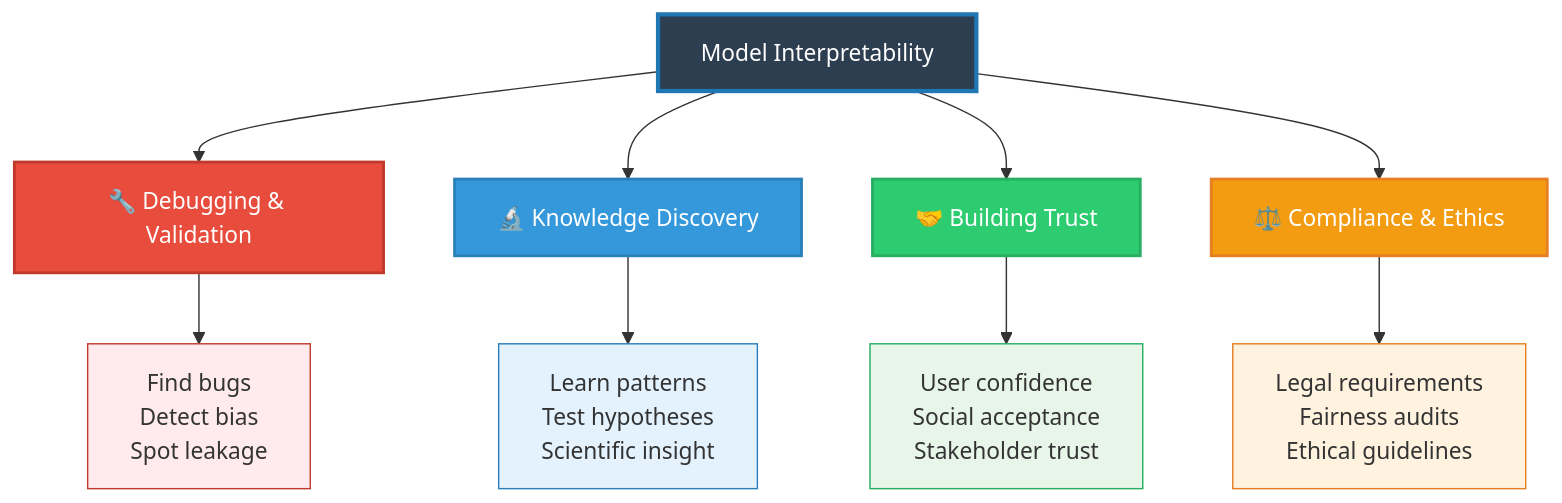
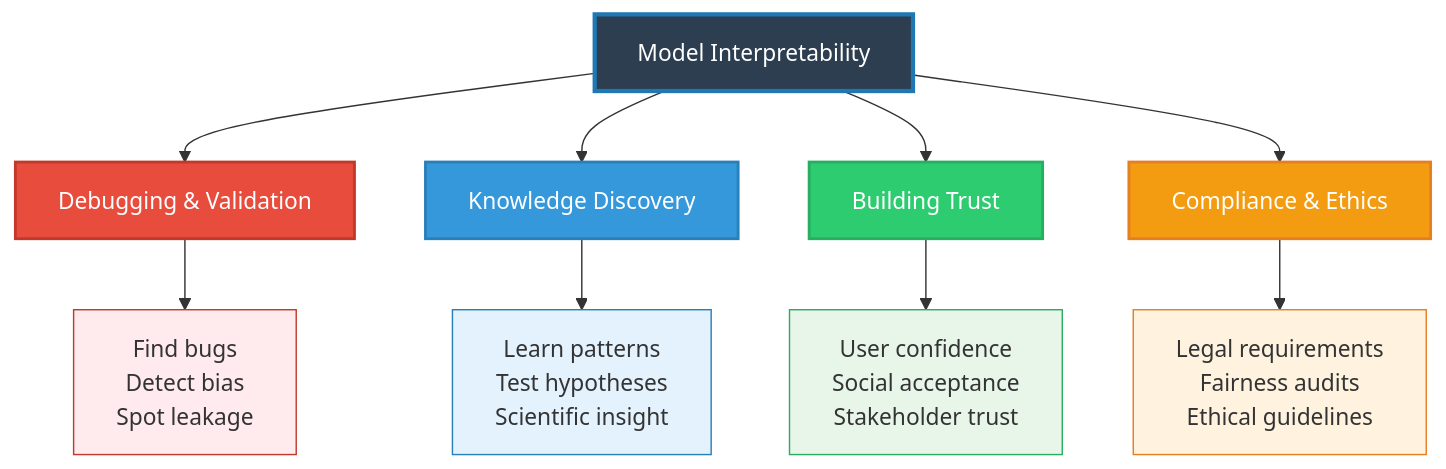
One commit to ctsilva/ctsilva.github.io changed the first of 4 diagrams in 2025-VisML-CSE/slides/week5-white-box.qmd. Above: the diagram before and after it, drawn with Mermaid. The commit also changed other lines of this file and 1 other file, not shown here.

First line of the commit message:
Fix mermaid syntax for GitHub Pages compatibility

````diff
--- a/2025-VisML-CSE/slides/week5-white-box.qmd
+++ b/2025-VisML-CSE/slides/week5-white-box.qmd
@@ -134,23 +82,23 @@
 ```{mermaid}
 graph TD
     MI[Model Interpretability]
-    MI --> D[🔧 Debugging & Validation]
-    MI --> K[🔬 Knowledge Discovery]
-    MI --> T[🤝 Building Trust]
-    MI --> C[⚖️ Compliance & Ethics]
+    MI --> D[Debugging & Validation]
+    MI --> K[Knowledge Discovery]
+    MI --> T[Building Trust]
+    MI --> C[Compliance & Ethics]
 
     D --> D1[Find bugs<br/>Detect bias<br/>Spot leakage]
     K --> K1[Learn patterns<br/>Test hypotheses<br/>Scientific insight]
     T --> T1[User confidence<br/>Social acceptance<br/>Stakeholder trust]
     C --> C1[Legal requirements<br/>Fairness audits<br/>Ethical guidelines]
 
     style MI fill:#2d3e50,stroke:#1f77b4,stroke-width:3px,color:#fff
     style D fill:#e74c3c,stroke:#c0392b,stroke-width:2px,color:#fff
     style K fill:#3498db,stroke:#2980b9,stroke-width:2px,color:#fff
     style T fill:#2ecc71,stroke:#27ae60,stroke-width:2px,color:#fff
     style C fill:#f39c12,stroke:#e67e22,stroke-width:2px,color:#fff
     style D1 fill:#ffebee,stroke:#c0392b,stroke-width:1px,color:#333
     style K1 fill:#e3f2fd,stroke:#2980b9,stroke-width:1px,color:#333
     style T1 fill:#e8f5e9,stroke:#27ae60,stroke-width:1px,color:#333
     style C1 fill:#fff3e0,stroke:#e67e22,stroke-width:1px,color:#333
 ```
````
